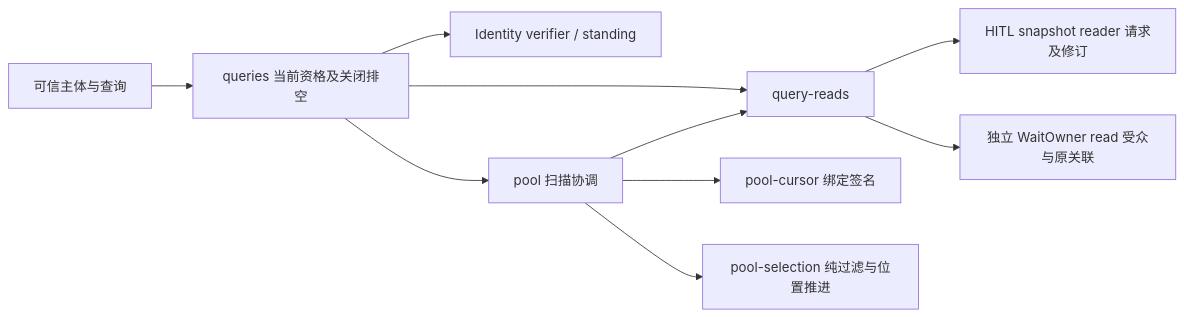
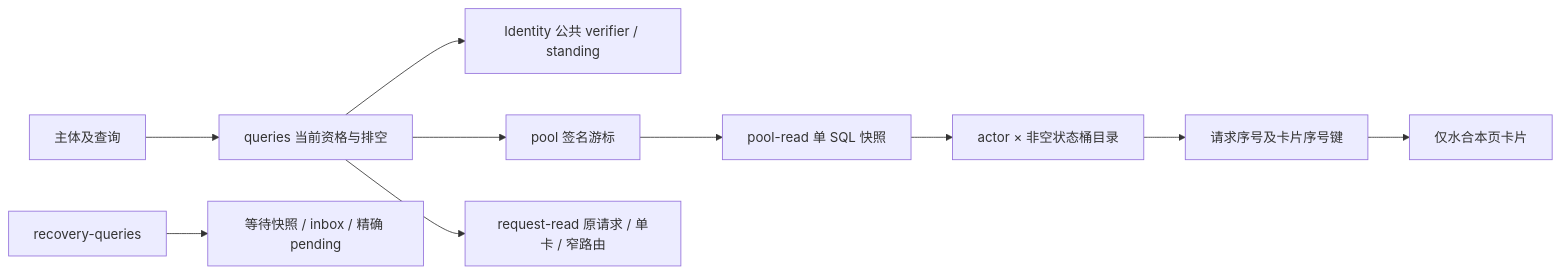
The second of 2 diagrams in packages/human-intervention/human-intervention-local/docs/architecture.md (nemori-ai/omne-harness-lite), drawn with Mermaid before and after one commit. The commit also changed other lines of this file and 73 other files, not shown here.

````diff
--- a/packages/human-intervention/human-intervention-local/docs/architecture.md
+++ b/packages/human-intervention/human-intervention-local/docs/architecture.md
@@ -50,12 +41,12 @@
 ```mermaid
 flowchart LR
-  Caller[可信主体与查询] --> Q[queries 当前资格及关闭排空]
-  Q --> Identity[Identity verifier / standing]
-  Q --> R[query-reads]
-  Q --> Pool[pool 扫描协调]
-  Pool --> Cursor[pool-cursor 绑定签名]
-  Pool --> Select[pool-selection 纯过滤与位置推进]
-  Pool --> R
-  R --> Own[HITL snapshot reader 请求及修订]
-  R --> Wait[独立 WaitOwner read 受众与原关联]
+  Caller[主体及查询] --> Q[queries 当前资格与排空]
+  Q --> ID[Identity 公共 verifier / standing]
+  Q --> P[pool 签名游标]
+  P --> R[pool-read 单 SQL 快照]
+  R --> B[actor × 非空状态桶目录]
+  B --> K[请求序号及卡片序号键]
+  K --> Item[仅水合本页卡片]
+  Q --> One[request-read 原请求 / 单卡 / 窄路由]
+  Recovery[recovery-queries] --> WR[等待快照 / inbox / 精确 pending]
 ```
````
